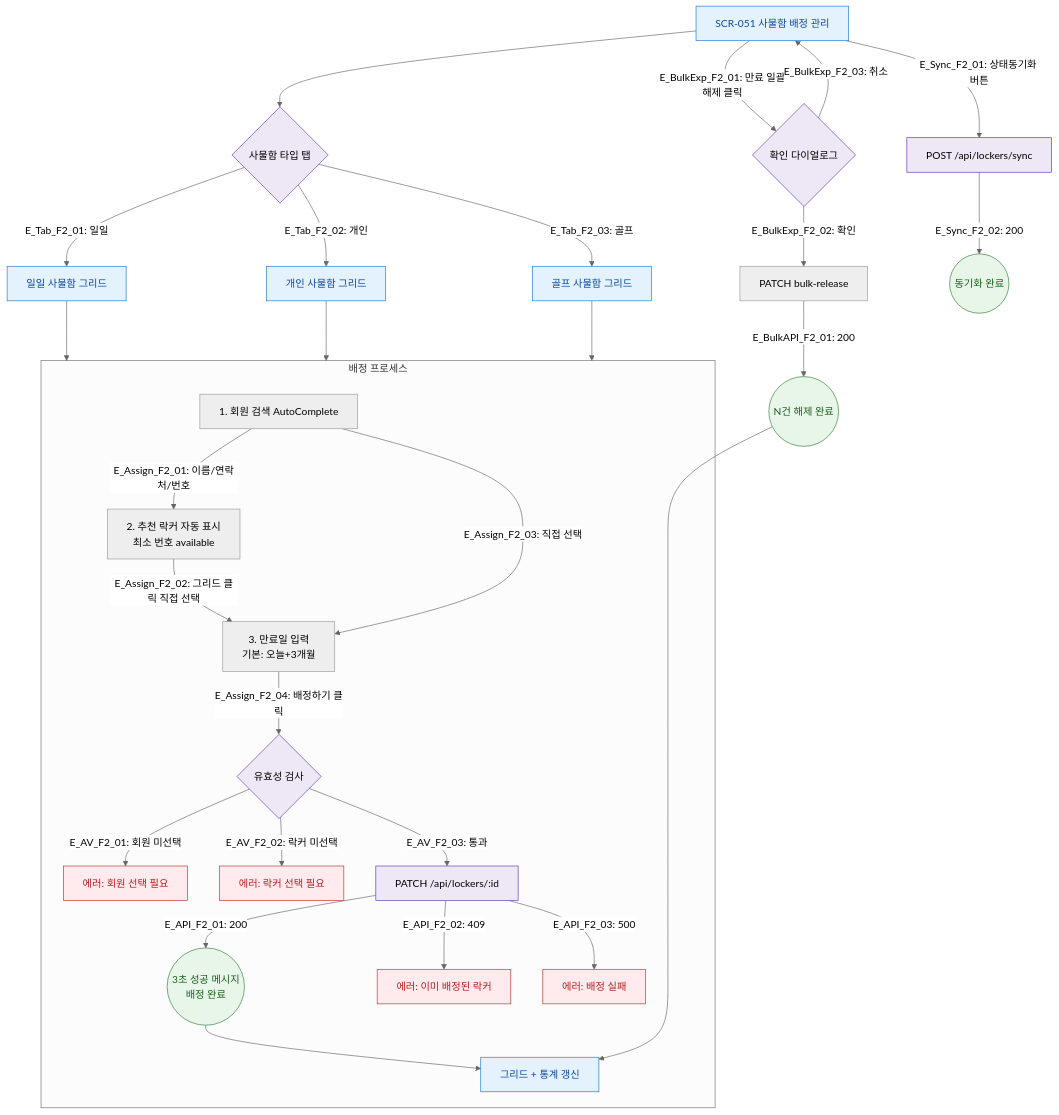
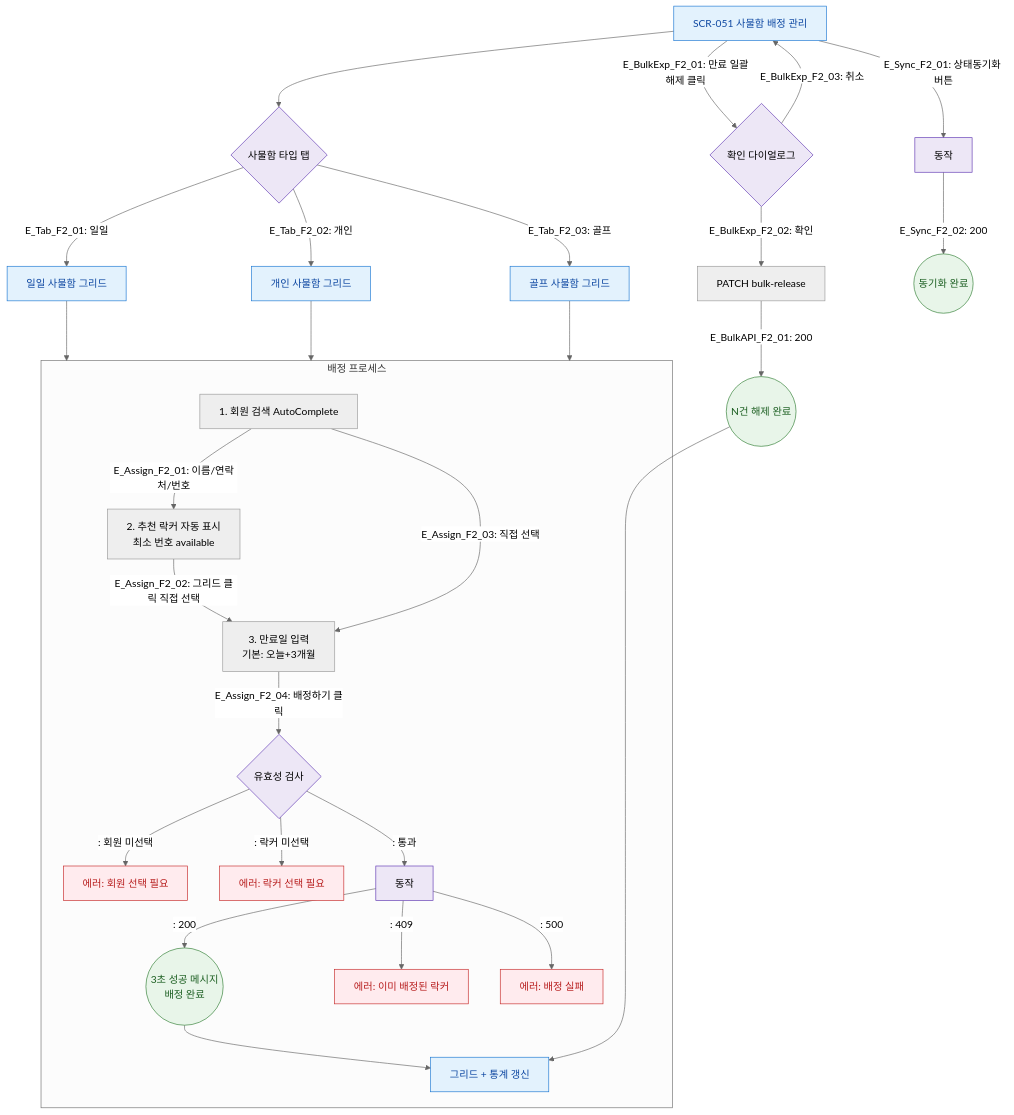
The diagram in docs/다이어그램/D06_시설관리/SCR-051_사물함배정관리/F2_메인.md (dev-spogym/admin-pando), drawn with Mermaid (neutral theme) before and after one commit. The commit also changed other lines of this file and 1660 other files, not shown here.

First line of the commit message:
다이어그램: 기획자/클라이언트 납품본으로 정리

````diff
--- a/docs/다이어그램/D06_시설관리/SCR-051_사물함배정관리/F2_메인.md
+++ b/docs/다이어그램/D06_시설관리/SCR-051_사물함배정관리/F2_메인.md
@@ -22,46 +20,46 @@
 ```mermaid
 flowchart TD
     SCR051[SCR-051 사물함 배정 관리]
 
     SCR051 --> TabSel{사물함 타입 탭}
-    TabSel -->|"E_Tab_F2_01: 일일"| GridDaily[일일 사물함 그리드]
-    TabSel -->|"E_Tab_F2_02: 개인"| GridPersonal[개인 사물함 그리드]
-    TabSel -->|"E_Tab_F2_03: 골프"| GridGolf[골프 사물함 그리드]
+    TabSel -->|"E_Tab_F2_01: 일일"|GridDaily[일일 사물함 그리드]
+    TabSel -->|"E_Tab_F2_02: 개인"|GridPersonal[개인 사물함 그리드]
+    TabSel -->|"E_Tab_F2_03: 골프"|GridGolf[골프 사물함 그리드]
 
     GridDaily --> AssignFlow
     GridPersonal --> AssignFlow
     GridGolf --> AssignFlow
 
     subgraph AssignFlow["배정 프로세스"]
-        Step1[1. 회원 검색 AutoComplete] -->|"E_Assign_F2_01: 이름/연락처/번호"| Step2[2. 추천 락커 자동 표시\n최소 번호 available]
-        Step2 -->|"E_Assign_F2_02: 그리드 클릭 직접 선택"| Step3[3. 만료일 입력\n기본: 오늘+3개월]
-        Step1 -->|"E_Assign_F2_03: 직접 선택"| Step3
-        Step3 -->|"E_Assign_F2_04: 배정하기 클릭"| AssignValid{유효성 검사}
-        AssignValid -->|"E_AV_F2_01: 회원 미선택"| ErrNoMem[에러: 회원 선택 필요]
-        AssignValid -->|"E_AV_F2_02: 락커 미선택"| ErrNoLocker[에러: 락커 선택 필요]
-        AssignValid -->|"E_AV_F2_03: 통과"| AssignAPI[PATCH /api/lockers/:id]
-        AssignAPI -->|"E_API_F2_01: 200"| ToastOK((3초 성공 메시지\n배정 완료))
-        AssignAPI -->|"E_API_F2_02: 409"| ErrConflict[에러: 이미 배정된 락커]
-        AssignAPI -->|"E_API_F2_03: 500"| ErrServer[에러: 배정 실패]
+        Step1[1. 회원 검색 AutoComplete] -->|"E_Assign_F2_01: 이름/연락처/번호"|Step2[2. 추천 락커 자동 표시\n최소 번호 available]
+        Step2 -->|"E_Assign_F2_02: 그리드 클릭 직접 선택"|Step3[3. 만료일 입력\n기본: 오늘+3개월]
+        Step1 -->|"E_Assign_F2_03: 직접 선택"|Step3
+        Step3 -->|"E_Assign_F2_04: 배정하기 클릭"|AssignValid{유효성 검사}
+        AssignValid -->|": 회원 미선택"|ErrNoMem[에러: 회원 선택 필요]
+        AssignValid -->|": 락커 미선택"|ErrNoLocker[에러: 락커 선택 필요]
+        AssignValid -->|": 통과"|AssignAPI[동작]
+        AssignAPI -->|": 200"|ToastOK((3초 성공 메시지\n배정 완료))
+        AssignAPI -->|": 409"|ErrConflict[에러: 이미 배정된 락커]
+        AssignAPI -->|": 500"|ErrServer[에러: 배정 실패]
         ToastOK --> GridRefresh[그리드 + 통계 갱신]
     end
 
-    SCR051 -->|"E_BulkExp_F2_01: 만료 일괄해제 클릭"| BulkExpConfirm{확인 다이얼로그}
-    BulkExpConfirm -->|"E_BulkExp_F2_02: 확인"| BulkAPI[PATCH bulk-release]
-    BulkExpConfirm -->|"E_BulkExp_F2_03: 취소"| SCR051
-    BulkAPI -->|"E_BulkAPI_F2_01: 200"| ToastBulk((N건 해제 완료))
+    SCR051 -->|"E_BulkExp_F2_01: 만료 일괄해제 클릭"|BulkExpConfirm{확인 다이얼로그}
+    BulkExpConfirm -->|"E_BulkExp_F2_02: 확인"|BulkAPI[PATCH bulk-release]
+    BulkExpConfirm -->|"E_BulkExp_F2_03: 취소"|SCR051
+    BulkAPI -->|"E_BulkAPI_F2_01: 200"|ToastBulk((N건 해제 완료))
     ToastBulk --> GridRefresh
 
-    SCR051 -->|"E_Sync_F2_01: 상태동기화 버튼"| SyncAPI[POST /api/lockers/sync]
-    SyncAPI -->|"E_Sync_F2_02: 200"| ToastSync((동기화 완료))
+    SCR051 -->|"E_Sync_F2_01: 상태동기화 버튼"|SyncAPI[동작]
+    SyncAPI -->|"E_Sync_F2_02: 200"|ToastSync((동기화 완료))
 
     classDef screen fill:#E3F2FD,stroke:#1976D2,color:#0D47A1
     classDef success fill:#E8F5E9,stroke:#2E7D32,color:#1B5E20
     classDef error fill:#FFEBEE,stroke:#C62828,color:#B71C1C
     classDef system fill:#EDE7F6,stroke:#5E35B2
 
     class SCR051,GridDaily,GridPersonal,GridGolf,GridRefresh screen
     class ToastOK,ToastBulk,ToastSync success
     class ErrNoMem,ErrNoLocker,ErrConflict,ErrServer error
     class TabSel,AssignValid,AssignAPI,BulkExpConfirm,SyncAPI system
 ```
````
